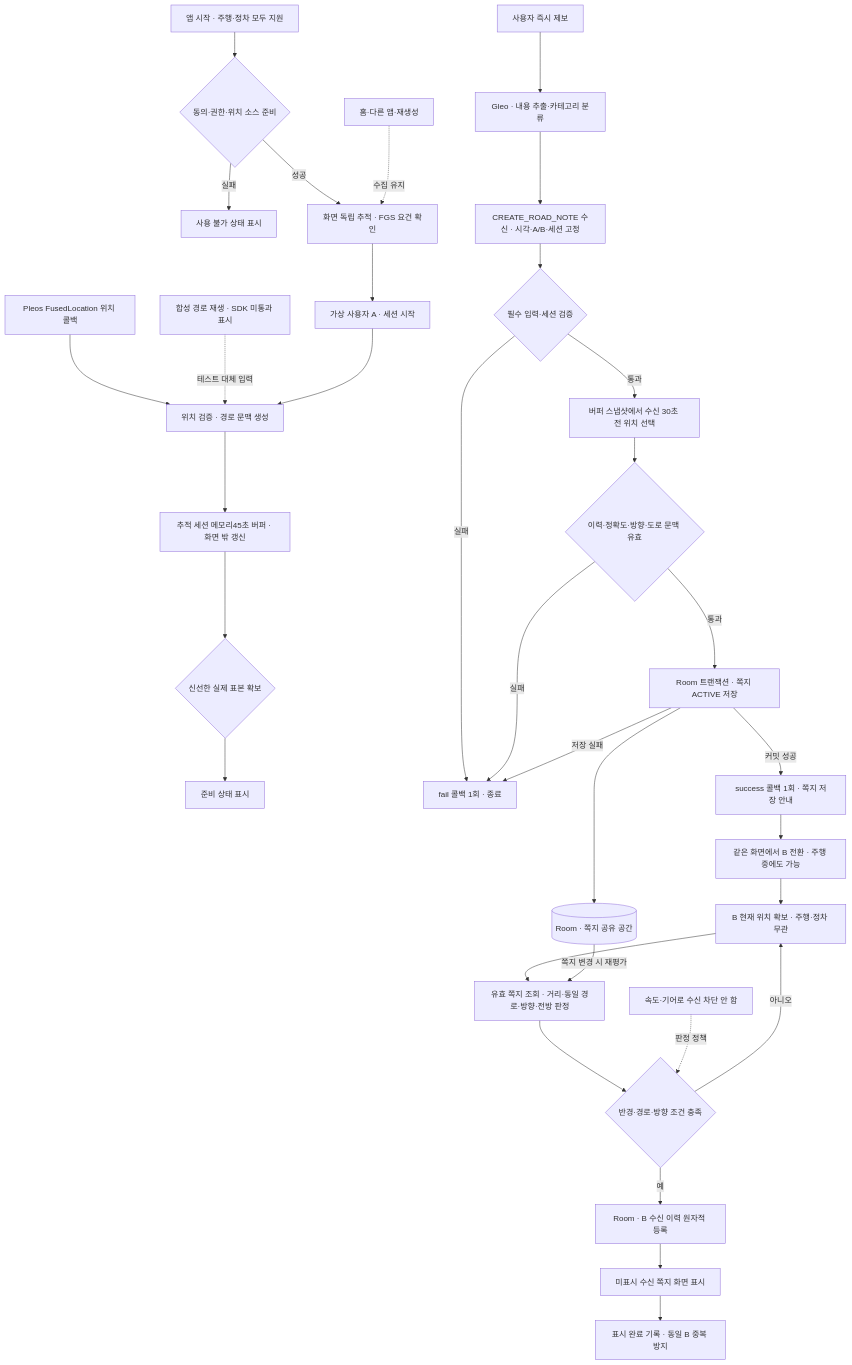
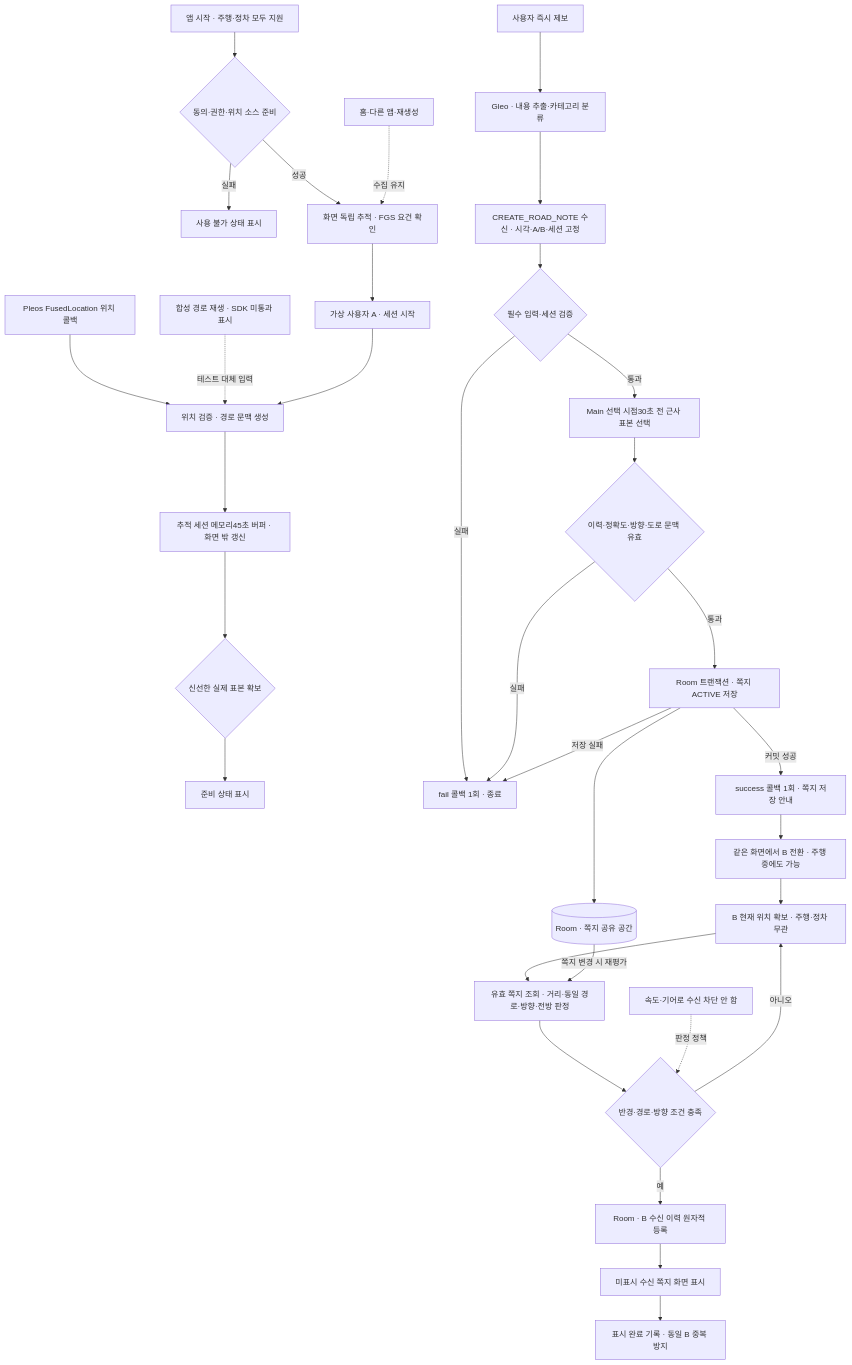
Before and after one commit to jin-kim-240204/hyundai-and-gretel: the first of 2 diagrams in docs/plans/implementation-plan.md, drawn with Mermaid. The commit also changed other lines of this file and 1 other file, not shown here.

````diff
--- a/docs/plans/implementation-plan.md
+++ b/docs/plans/implementation-plan.md
@@ -55,35 +55,35 @@
 ```mermaid
 flowchart TD
     Start[앱 시작 · 주행·정차 모두 지원] --> Gate{동의·권한·위치 소스 준비}
     Gate -->|실패| Block[사용 불가 상태 표시]
     Gate -->|성공| Tracking[화면 독립 추적 · FGS 요건 확인]
     Away[홈·다른 앱·재생성] -. 수집 유지 .-> Tracking
     Tracking --> Session[가상 사용자 A · 세션 시작]
     SDK[Pleos FusedLocation 위치 콜백] --> Source[위치 검증 · 경로 문맥 생성]
     Replay[합성 경로 재생 · SDK 미통과 표시] -. 테스트 대체 입력 .-> Source
     Session --> Source
     Source --> Buffer[추적 세션 메모리45초 버퍼 · 화면 밖 갱신]
     Buffer --> Ready{신선한 실제 표본 확보}
     Ready --> UI[준비 상태 표시]
     Voice[사용자 즉시 제보] --> Gleo[Gleo · 내용 추출·카테고리 분류]
     Gleo --> Receiver[CREATE_ROAD_NOTE 수신 · 시각·A/B·세션 고정]
     Receiver --> Validate{필수 입력·세션 검증}
     Validate -->|실패| Fail[fail 콜백 1회 · 종료]
-    Validate -->|통과| Anchor[버퍼 스냅샷에서 수신 30초 전 위치 선택]
+    Validate -->|통과| Anchor[Main 선택 시점30초 전 근사 표본 선택]
     Anchor --> Quality{이력·정확도·방향·도로 문맥 유효}
     Quality -->|실패| Fail
     Quality -->|통과| Tx[Room 트랜잭션 · 쪽지 ACTIVE 저장]
     Tx -->|저장 실패| Fail
     Tx -->|커밋 성공| Success[success 콜백 1회 · 쪽지 저장 안내]
     Tx --> DB[(Room · 쪽지 공유 공간)]
     Success --> Switch[같은 화면에서 B 전환 · 주행 중에도 가능]
     Switch --> B[B 현재 위치 확보 · 주행·정차 무관]
     B --> Matcher[유효 쪽지 조회 · 거리·동일 경로·방향·전방 판정]
     DB -->|쪽지 변경 시 재평가| Matcher
     Matcher --> Match{반경·경로·방향 조건 충족}
     Match -->|아니오| B
     Policy[속도·기어로 수신 차단 안 함] -. 판정 정책 .-> Match
     Match -->|예| Receipt[Room · B 수신 이력 원자적 등록]
     Receipt --> Display[미표시 수신 쪽지 화면 표시]
     Display --> Mark[표시 완료 기록 · 동일 B 중복 방지]
 ```
````
